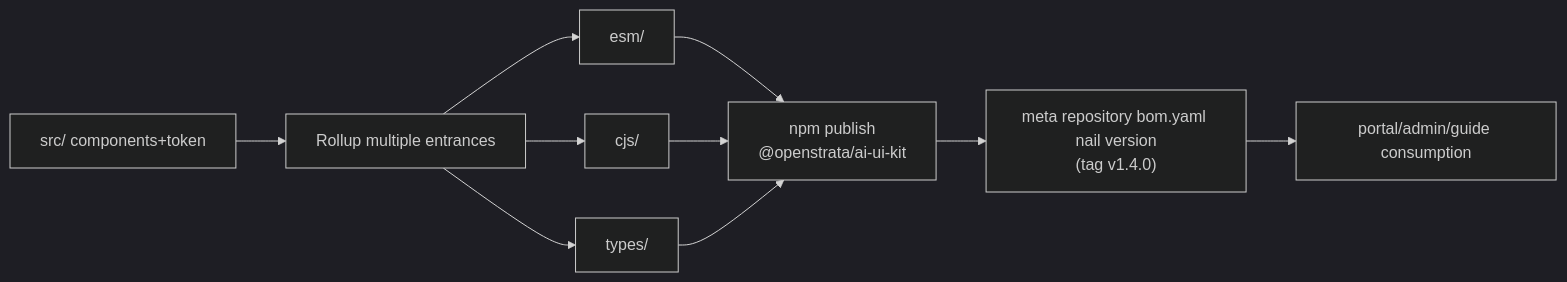
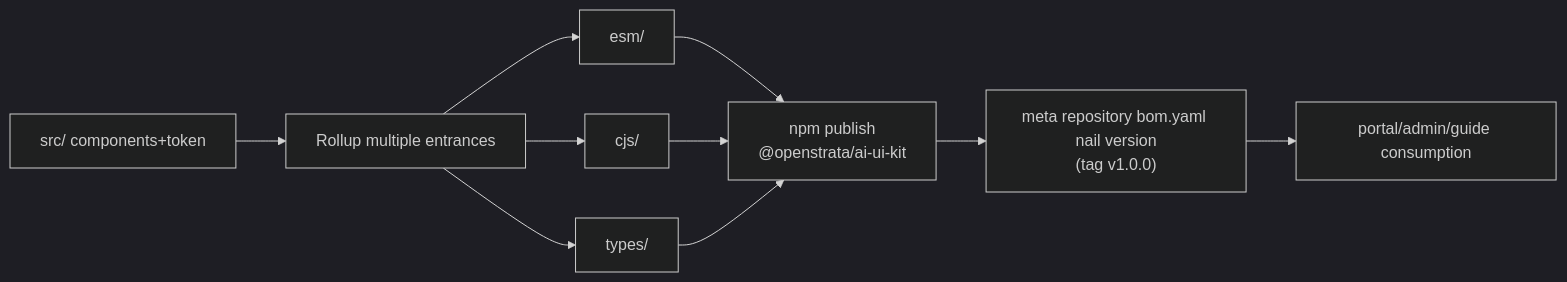
The fifth of 6 diagrams in design/DESIGN.md (open-strata-ai/ai-ui-kit), drawn with Mermaid (dark theme) before and after one commit. The commit also changed other lines of this file and 6 other files, not shown here.

````diff
--- a/design/DESIGN.md
+++ b/design/DESIGN.md
@@ -394,8 +394,8 @@
 ```mermaid
 flowchart LR
     SRC[src/ components+token] --> ROLLUP[Rollup multiple entrances]
     ROLLUP --> ESM[esm/] & CJS[cjs/] & DTS[types/]
     ESM & CJS & DTS --> NPM["npm publish<br/>@openstrata/ai-ui-kit"]
-    NPM --> BOM["meta repository bom.yaml nail version<br/>(tag v1.4.0)"]
+    NPM --> BOM["meta repository bom.yaml nail version<br/>(tag v1.0.0)"]
     BOM --> CONSUMER["portal/admin/guide consumption"]
 ```
````
